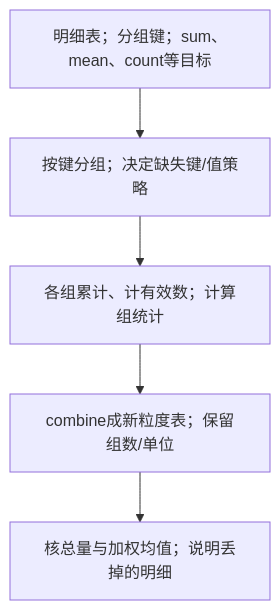
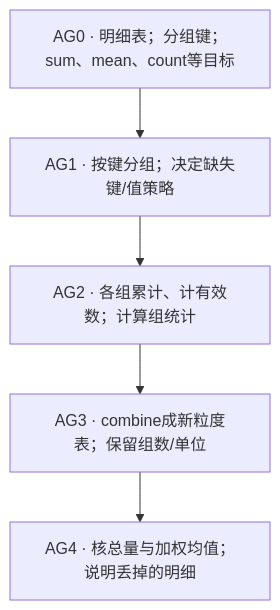
One commit to CercaTrovato/cityu-ai-course-notes changed diagram 12 of 20 in IS6400_Business_Data_Analytics/notes/M03-数据类型与描述性分析.md. Above: the diagram before and after it, drawn with Mermaid. The commit also changed other lines of this file and 40 other files, not shown here.

First line of the commit message:
完成 IS6400 M03 全篇审修、原题图保真与适用同步

````diff
--- a/IS6400_Business_Data_Analytics/notes/M03-数据类型与描述性分析.md
+++ b/IS6400_Business_Data_Analytics/notes/M03-数据类型与描述性分析.md
@@ -3299,7 +3647,7 @@
 ```mermaid
 flowchart TD
-    AG0["明细表；分组键；sum、mean、count等目标"] --> AG1["按键分组；决定缺失键/值策略"]
-    AG1 --> AG2["各组累计、计有效数；计算组统计"]
-    AG2 --> AG3["combine成新粒度表；保留组数/单位"]
-    AG3 --> AG4["核总量与加权均值；说明丢掉的明细"]
+    AG0["AG0 · 明细表；分组键；sum、mean、count等目标"] --> AG1["AG1 · 按键分组；决定缺失键/值策略"]
+    AG1 --> AG2["AG2 · 各组累计、计有效数；计算组统计"]
+    AG2 --> AG3["AG3 · combine成新粒度表；保留组数/单位"]
+    AG3 --> AG4["AG4 · 核总量与加权均值；说明丢掉的明细"]
 ```
````
